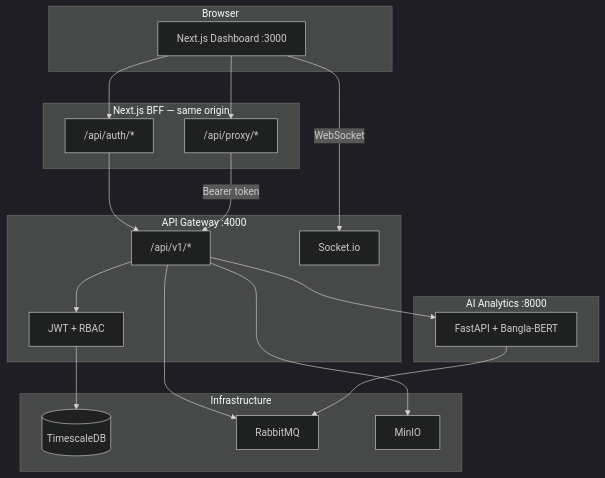
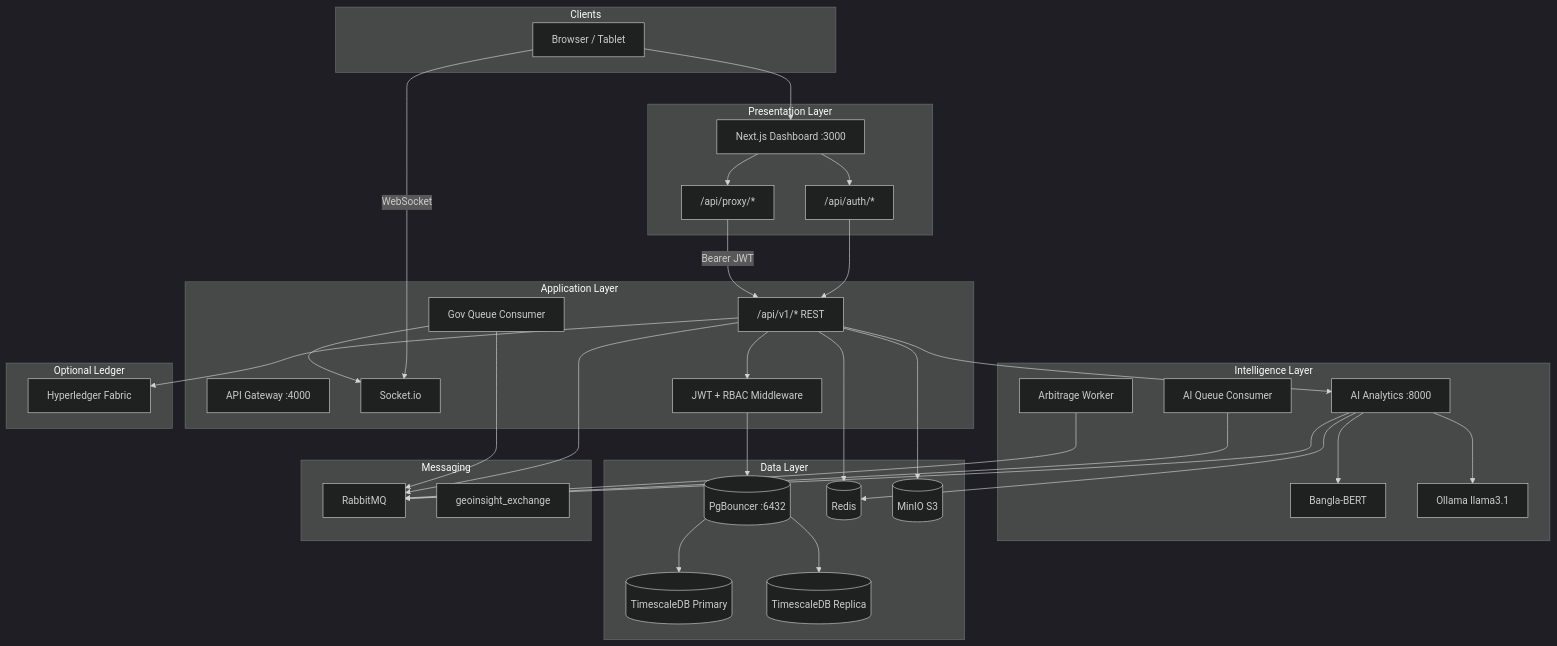
One commit to mohammad-al-samiul/geoinsight-bd changed the first of 10 diagrams in README.md. Above: the diagram before and after it, drawn with Mermaid (dark theme). The commit also changed other lines of this file and 14 other files, not shown here.

````diff
--- a/README.md
+++ b/README.md
@@ -90,39 +151,69 @@
 ```mermaid
 flowchart TB
-  subgraph browser [Browser]
-    UI[Next.js Dashboard :3000]
+  subgraph clients [Clients]
+    Browser[Browser / Tablet]
   end
 
-  subgraph bff [Next.js BFF — same origin]
-    AUTH["/api/auth/*"]
-    PROXY["/api/proxy/*"]
+  subgraph presentation [Presentation Layer]
+    NextJS[Next.js Dashboard :3000]
+    BFF_AUTH["/api/auth/*"]
+    BFF_PROXY["/api/proxy/*"]
   end
 
-  subgraph gateway [API Gateway :4000]
-    REST["/api/v1/*"]
+  subgraph application [Application Layer]
+    Gateway[API Gateway :4000]
+    REST["/api/v1/* REST"]
     WS[Socket.io]
-    RBAC[JWT + RBAC]
+    RBAC[JWT + RBAC Middleware]
+    GovConsumer[Gov Queue Consumer]
   end
 
-  subgraph ai [AI Analytics :8000]
-    ML[FastAPI + Bangla-BERT]
+  subgraph intelligence [Intelligence Layer]
+    AI[AI Analytics :8000]
+    BERT[Bangla-BERT]
+    Ollama[Ollama llama3.1]
+    ArbWorker[Arbitrage Worker]
+    AIConsumer[AI Queue Consumer]
   end
 
-  subgraph infra [Infrastructure]
-    PG[(TimescaleDB)]
-    RMQ[RabbitMQ]
-    S3[MinIO]
+  subgraph data [Data Layer]
+    PgBouncer[(PgBouncer :6432)]
+    PGWrite[(TimescaleDB Primary)]
+    PGRead[(TimescaleDB Replica)]
+    Redis[(Redis)]
+    MinIO[(MinIO S3)]
   end
 
-  UI --> AUTH
-  UI --> PROXY
-  UI -->|WebSocket| WS
-  AUTH --> REST
-  PROXY -->|Bearer token| REST
+  subgraph messaging [Messaging]
+    RMQ[RabbitMQ]
+    Exchange[geoinsight_exchange]
+  end
+
+  subgraph ledger [Optional Ledger]
+    Fabric[Hyperledger Fabric]
+  end
+
+  Browser --> NextJS
+  NextJS --> BFF_AUTH
+  NextJS --> BFF_PROXY
+  Browser -->|WebSocket| WS
+  BFF_AUTH --> REST
+  BFF_PROXY -->|Bearer JWT| REST
   REST --> RBAC
-  RBAC --> PG
+  RBAC --> PgBouncer
+  PgBouncer --> PGWrite
+  PgBouncer --> PGRead
+  REST --> Redis
+  REST --> AI
   REST --> RMQ
-  REST --> ML
-  ML --> RMQ
-  REST --> S3
+  GovConsumer --> RMQ
+  GovConsumer --> WS
+  AI --> BERT
+  AI --> Ollama
+  AI --> Redis
+  AI --> RMQ
+  AIConsumer --> RMQ
+  ArbWorker --> RMQ
+  REST --> MinIO
+  REST --> Fabric
 ```
````
